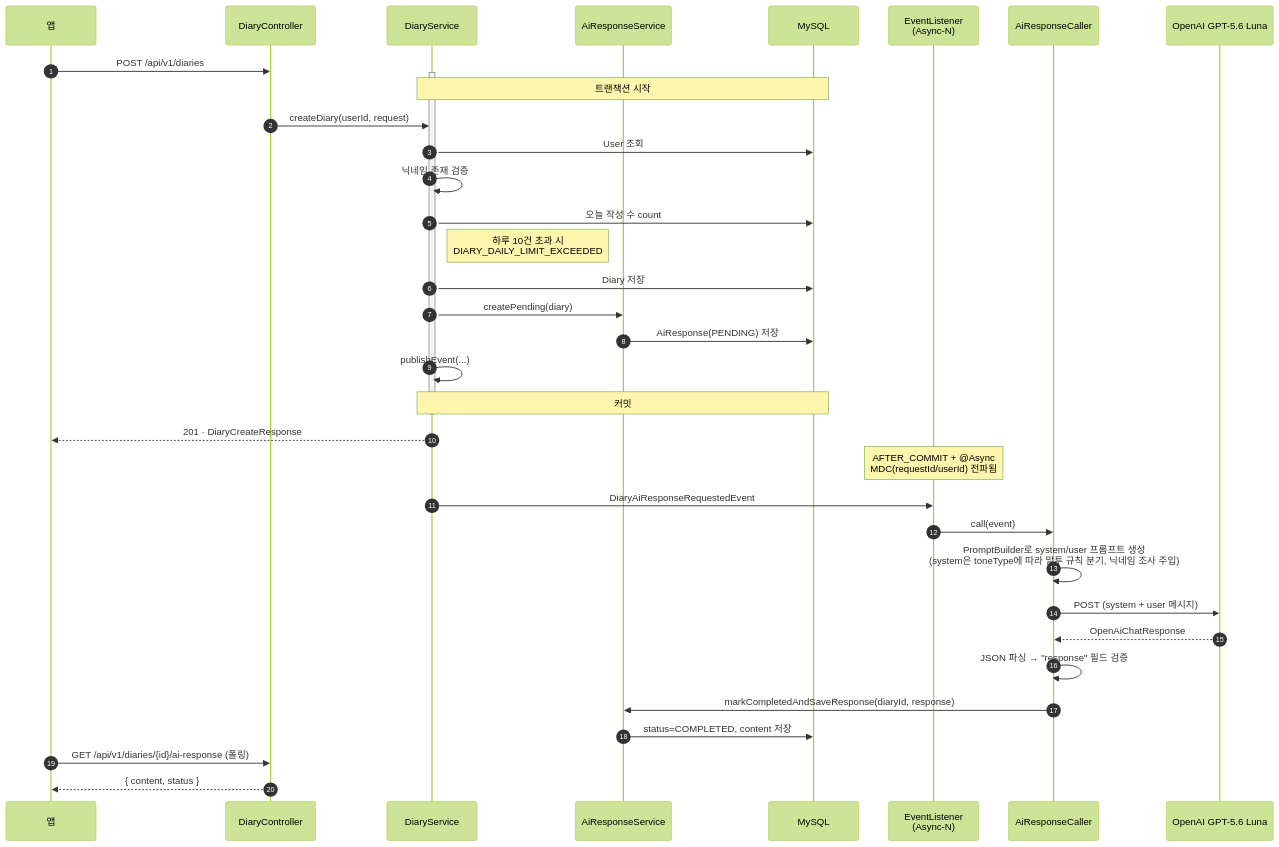
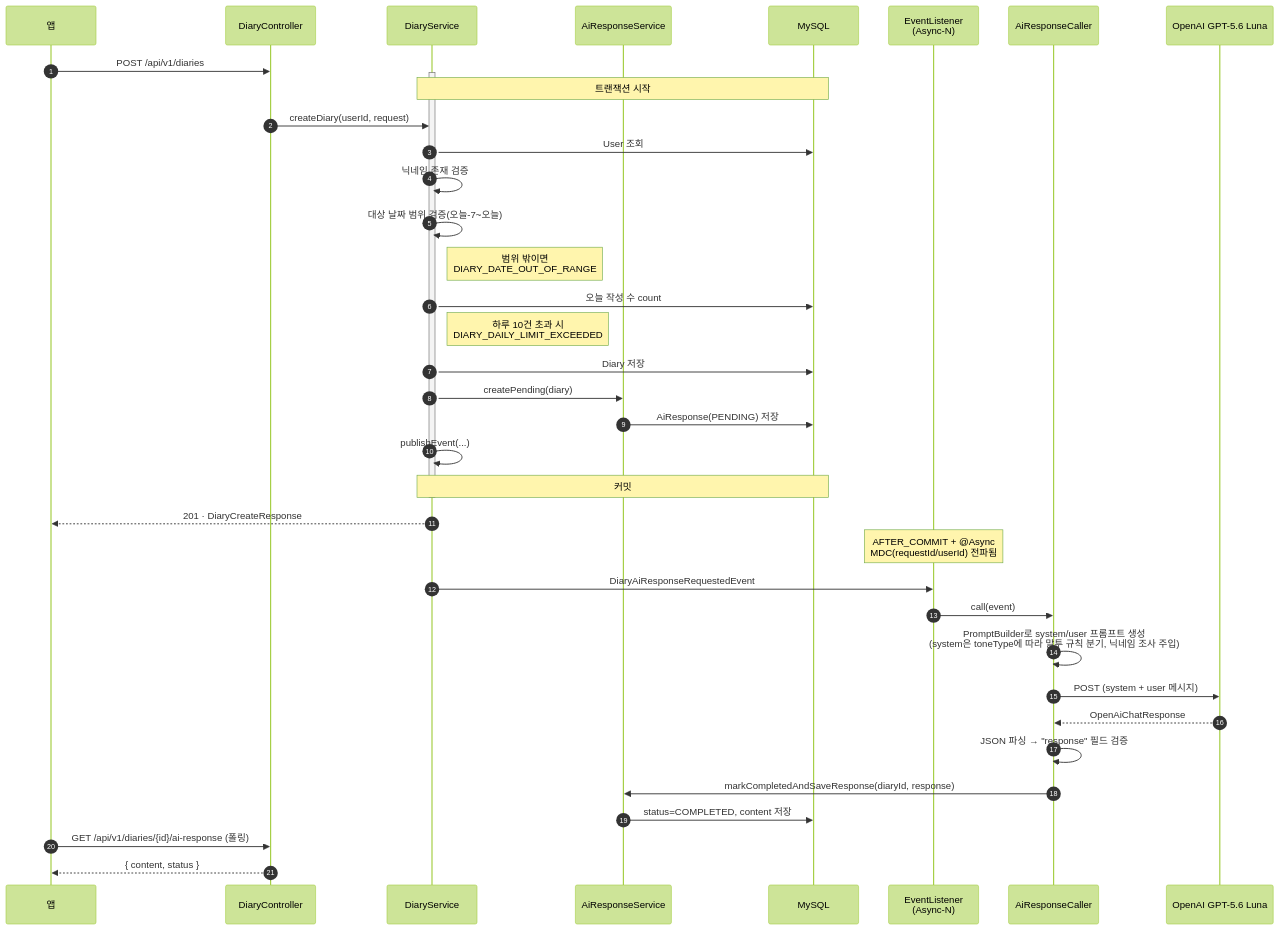
One commit to hearu-application/backend changed the fourth of 8 diagrams in docs/architecture.md. Above: the diagram before and after it, drawn with Mermaid (forest theme). The commit also changed other lines of this file and 11 other files, not shown here.

````diff
--- a/docs/architecture.md
+++ b/docs/architecture.md
@@ -146,41 +146,43 @@
 ```mermaid
 sequenceDiagram
     autonumber
     participant C as 앱
     participant DC as DiaryController
     participant DS as DiaryService
     participant AS as AiResponseService
     participant DB as MySQL
     participant L as EventListener<br/>(Async-N)
     participant AC as AiResponseCaller
     participant LLM as OpenAI GPT-5.6 Luna
 
     C->>DC: POST /api/v1/diaries
     activate DS
     Note over DS,DB: 트랜잭션 시작
     DC->>DS: createDiary(userId, request)
     DS->>DB: User 조회
     DS->>DS: 닉네임 존재 검증
+    DS->>DS: 대상 날짜 범위 검증(오늘-7~오늘)
+    Note right of DS: 범위 밖이면<br/>DIARY_DATE_OUT_OF_RANGE
     DS->>DB: 오늘 작성 수 count
     Note right of DS: 하루 10건 초과 시<br/>DIARY_DAILY_LIMIT_EXCEEDED
     DS->>DB: Diary 저장
     DS->>AS: createPending(diary)
     AS->>DB: AiResponse(PENDING) 저장
     DS->>DS: publishEvent(...)
     Note over DS,DB: 커밋
     deactivate DS
     DS-->>C: 201 · DiaryCreateResponse
 
     Note over L: AFTER_COMMIT + @Async<br/>MDC(requestId/userId) 전파됨
     DS->>L: DiaryAiResponseRequestedEvent
     L->>AC: call(event)
     AC->>AC: PromptBuilder로 system/user 프롬프트 생성<br/>(system은 toneType에 따라 말투 규칙 분기, 닉네임 조사 주입)
     AC->>LLM: POST (system + user 메시지)
     LLM-->>AC: OpenAiChatResponse
     AC->>AC: JSON 파싱 → "response" 필드 검증
     AC->>AS: markCompletedAndSaveResponse(diaryId, response)
     AS->>DB: status=COMPLETED, content 저장
 
     C->>DC: GET /api/v1/diaries/{id}/ai-response (폴링)
     DC-->>C: { content, status }
 ```
````
